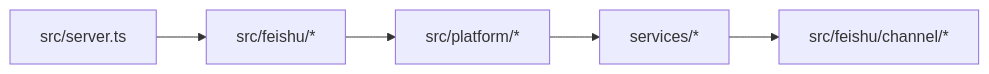
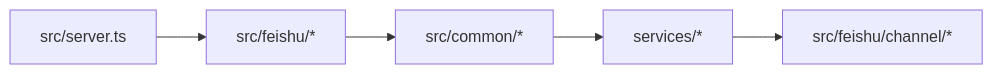
One commit to vzxxbacq/CollabVibe changed the diagram in docs/00-overview/system-overview.md. Above: the diagram before and after it, drawn with Mermaid. The commit also changed other lines of this file and 65 other files, not shown here.

````diff
--- a/docs/00-overview/system-overview.md
+++ b/docs/00-overview/system-overview.md
@@ -25,7 +21,7 @@
 ```mermaid
 flowchart LR
   A[src/server.ts] --> B[src/feishu/*]
-  B --> C[src/platform/*]
+  B --> C[src/common/*]
   C --> D[services/*]
   D --> E[src/feishu/channel/*]
 ```
````
